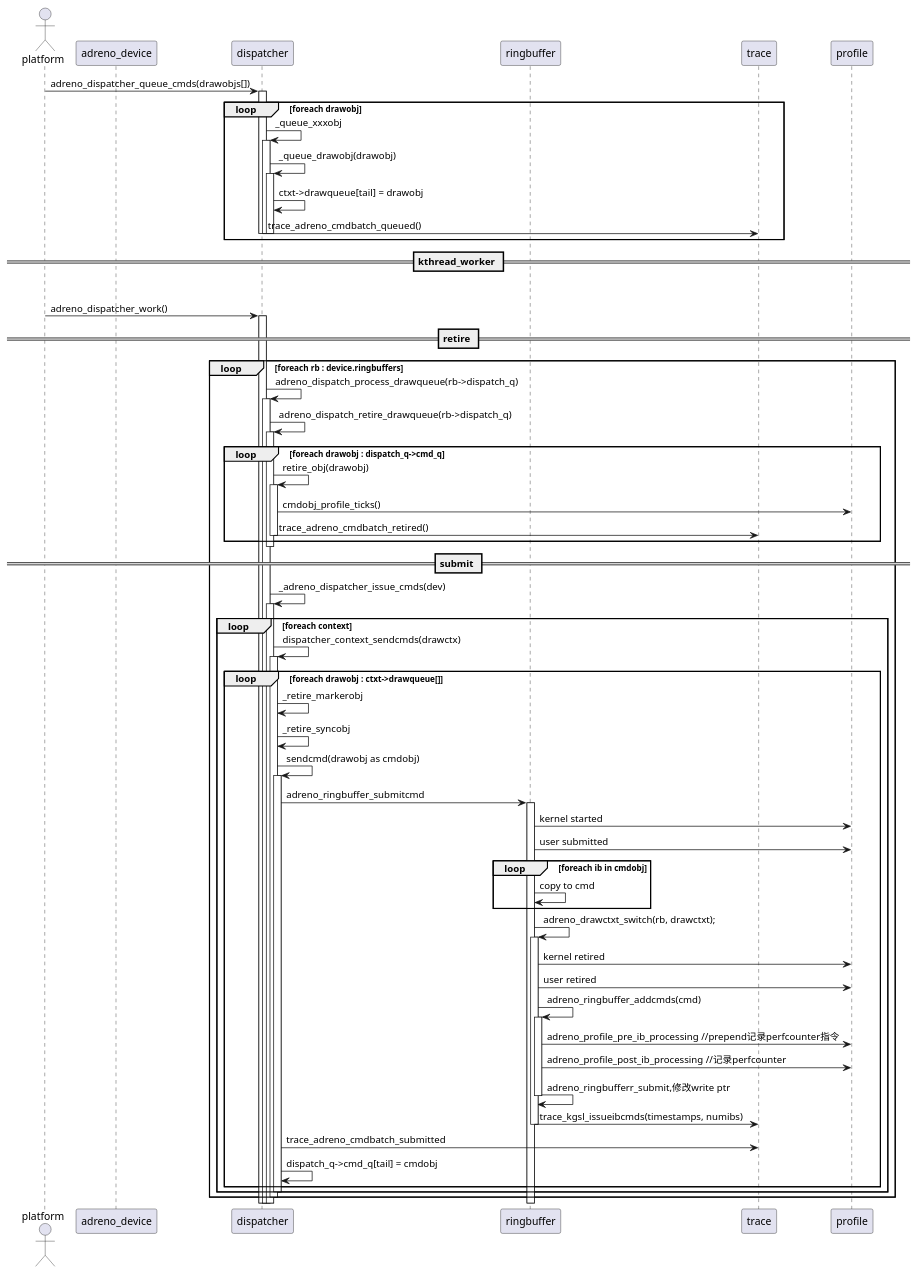
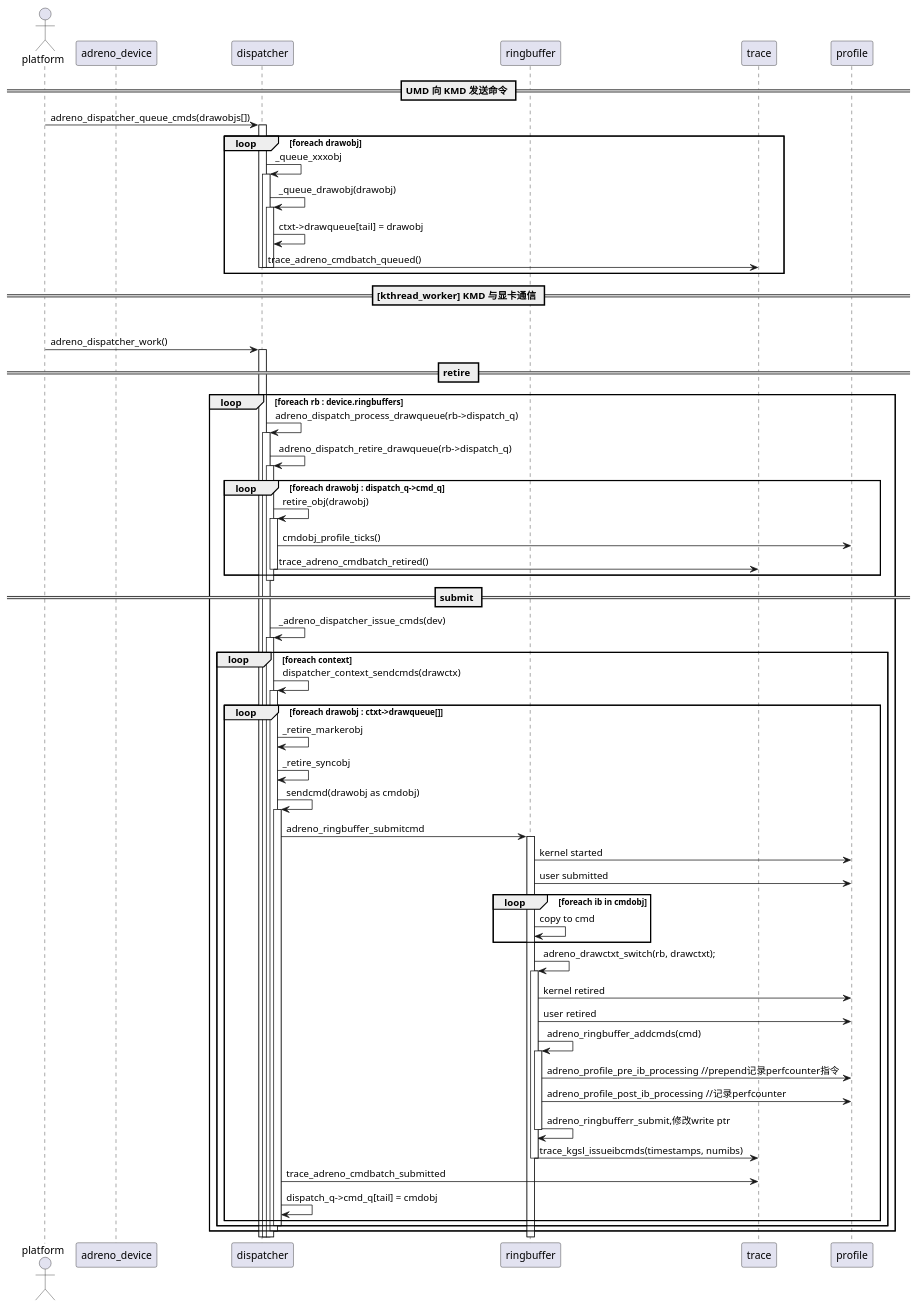
Before and after one commit to zhangfuwen/GitNote: the sixth of 7 diagrams in Notes/999-misc/linux-kernel-gpu-trace.md, drawn with PlantUML. The commit also changed other lines of this file, not shown here.

```diff
--- a/Notes/999-misc/linux-kernel-gpu-trace.md
+++ b/Notes/999-misc/linux-kernel-gpu-trace.md
@@ -895,6 +891,7 @@
 participant trace
 participant profile
 
+== UMD 向 KMD 发送命令 ==
 platform -> dispatcher++ : adreno_dispatcher_queue_cmds(drawobjs[])
 loop foreach drawobj
 dispatcher ->  dispatcher++ : _queue_xxxobj
@@ -908,7 +905,7 @@
 end loop
 
 
-== kthread_worker ==
+== [kthread_worker] KMD 与显卡通信 ==
 
 loop kthread_worker
 
```
